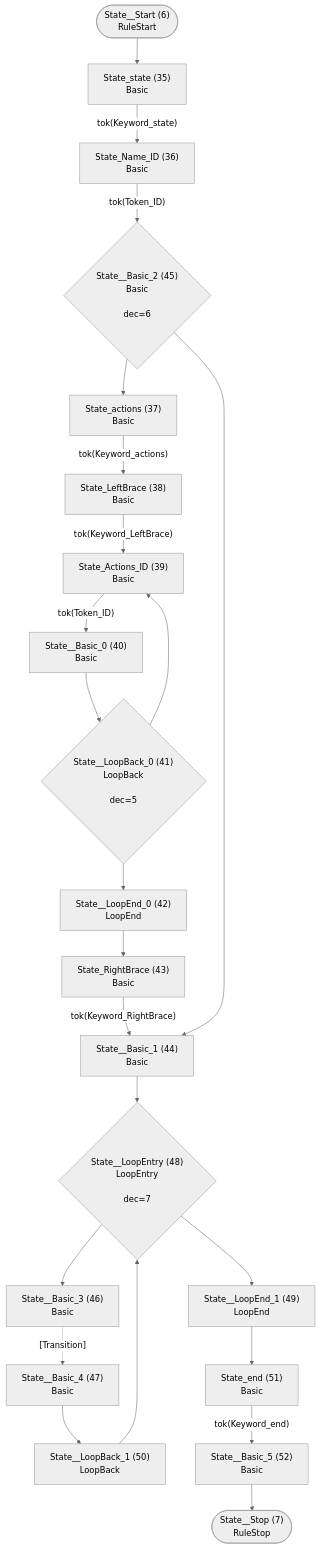
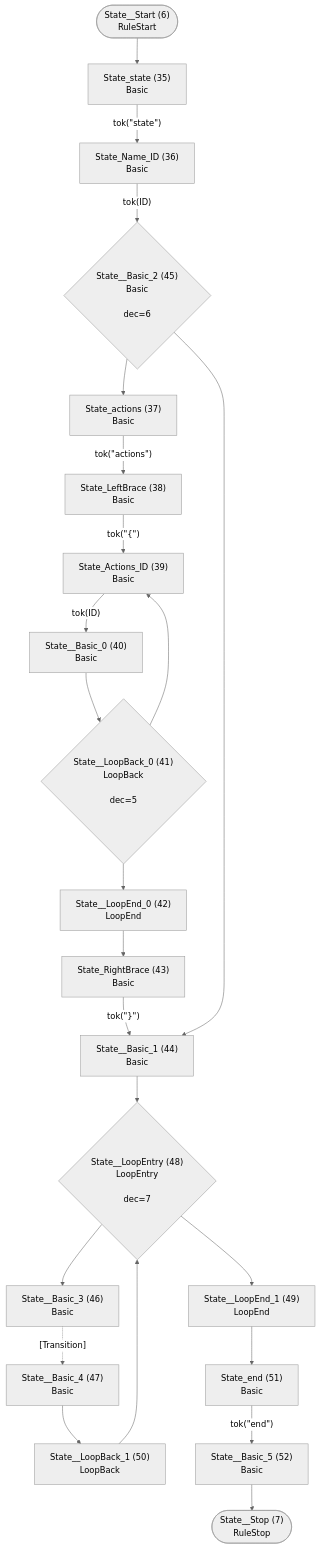
The fourth of 5 diagrams in examples/statemachine/atn.md (TypeFox/fastbelt), drawn with Mermaid (neutral theme) before and after one commit. The commit also changed other lines of this file and 3 other files, not shown here.

````diff
--- a/examples/statemachine/atn.md
+++ b/examples/statemachine/atn.md
@@ -90,46 +90,46 @@
 ```mermaid
 flowchart TD
     q6(["State__Start (6)<br/>RuleStart"])
     q7(["State__Stop (7)<br/>RuleStop"])
     q35["State_state (35)<br/>Basic<br/>"]
     q36["State_Name_ID (36)<br/>Basic<br/>"]
     q37["State_actions (37)<br/>Basic<br/>"]
     q38["State_LeftBrace (38)<br/>Basic<br/>"]
     q39["State_Actions_ID (39)<br/>Basic<br/>"]
     q40["State__Basic_0 (40)<br/>Basic<br/>"]
     q41{"State__LoopBack_0 (41)<br/>LoopBack<br/><br/>dec=5"}
     q42["State__LoopEnd_0 (42)<br/>LoopEnd<br/>"]
     q43["State_RightBrace (43)<br/>Basic<br/>"]
     q44["State__Basic_1 (44)<br/>Basic<br/>"]
     q45{"State__Basic_2 (45)<br/>Basic<br/><br/>dec=6"}
     q46["State__Basic_3 (46)<br/>Basic<br/>"]
     q47["State__Basic_4 (47)<br/>Basic<br/>"]
     q48{"State__LoopEntry (48)<br/>LoopEntry<br/><br/>dec=7"}
     q49["State__LoopEnd_1 (49)<br/>LoopEnd<br/>"]
     q50["State__LoopBack_1 (50)<br/>LoopBack<br/>"]
     q51["State_end (51)<br/>Basic<br/>"]
     q52["State__Basic_5 (52)<br/>Basic<br/>"]
 
     q6 --> q35
-    q35 -->|"tok(Keyword_state)"| q36
-    q36 -->|"tok(Token_ID)"| q45
-    q37 -->|"tok(Keyword_actions)"| q38
-    q38 -->|"tok(Keyword_LeftBrace)"| q39
-    q39 -->|"tok(Token_ID)"| q40
+    q35 -->|"tok(&quot;state&quot;)"| q36
+    q36 -->|"tok(ID)"| q45
+    q37 -->|"tok(&quot;actions&quot;)"| q38
+    q38 -->|"tok(&quot;{&quot;)"| q39
+    q39 -->|"tok(ID)"| q40
     q40 --> q41
     q41 --> q39
     q41 --> q42
     q42 --> q43
-    q43 -->|"tok(Keyword_RightBrace)"| q44
+    q43 -->|"tok(&quot;}&quot;)"| q44
     q44 --> q48
     q45 --> q37
     q45 --> q44
     q46 -.->|"[Transition]"| q47
     q47 --> q50
     q48 --> q46
     q48 --> q49
     q49 --> q51
     q50 --> q48
-    q51 -->|"tok(Keyword_end)"| q52
+    q51 -->|"tok(&quot;end&quot;)"| q52
     q52 --> q7
 ```
````
